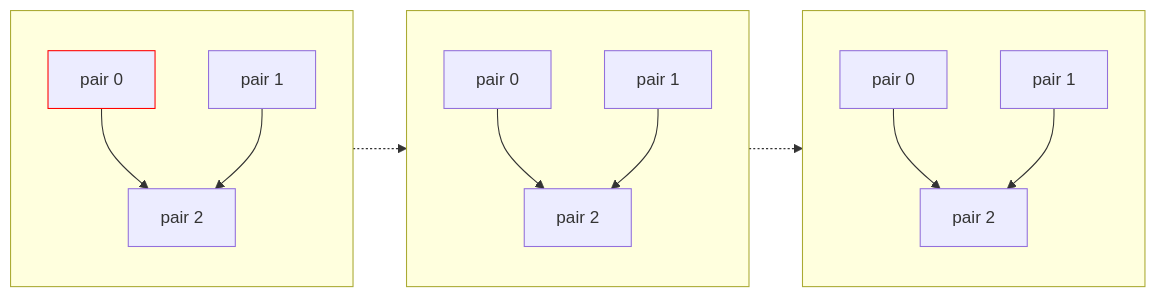
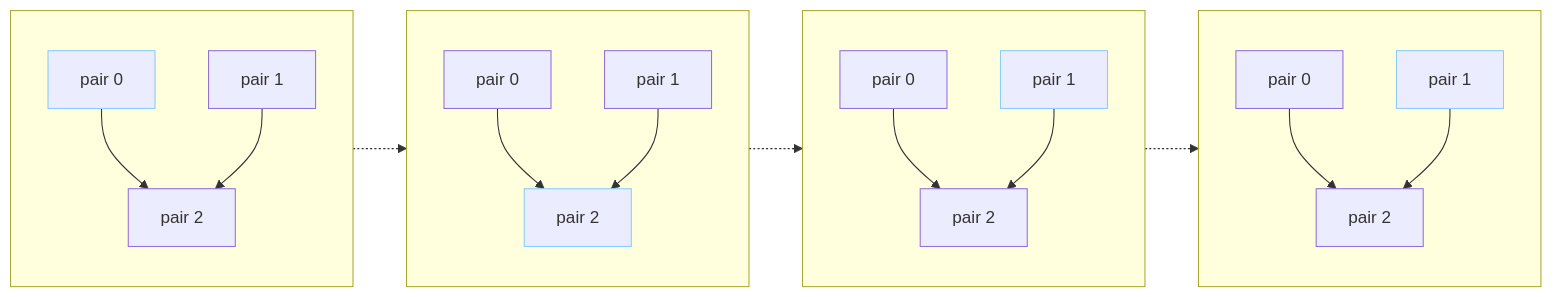
The diagram in slides/papers/stak-scheme/merge.mmd (raviqqe/doc), drawn with Mermaid before and after one commit.

```diff
--- a/slides/papers/stak-scheme/merge.mmd
+++ b/slides/papers/stak-scheme/merge.mmd
@@ -1,27 +1,36 @@
 flowchart LR
   subgraph s0[ ]
     direction TB
 
     c0[pair 0]:::current --> c2[pair 2]
     c1[pair 1] --> c2
   end
 
   s0 -.-> s1
 
   subgraph s1[ ]
     direction TB
 
-    c3[pair 0] --> c5[pair 2]
+    c3[pair 0] --> c5[pair 2]:::current
     c4[pair 1] --> c5
   end
 
   s1 -.-> s2
 
   subgraph s2[ ]
     direction TB
 
     c6[pair 0] --> c8[pair 2]
-    c7[pair 1] --> c8
+    c7[pair 1]:::current --> c8
   end
 
- classDef current stroke:red
+  s2 -.-> s3
+
+  subgraph s3[ ]
+    direction TB
+
+    c9[pair 0] --> c11[pair 2]
+    c10[pair 1]:::current --> c11
+  end
+
+ classDef current stroke:lightskyblue
```
